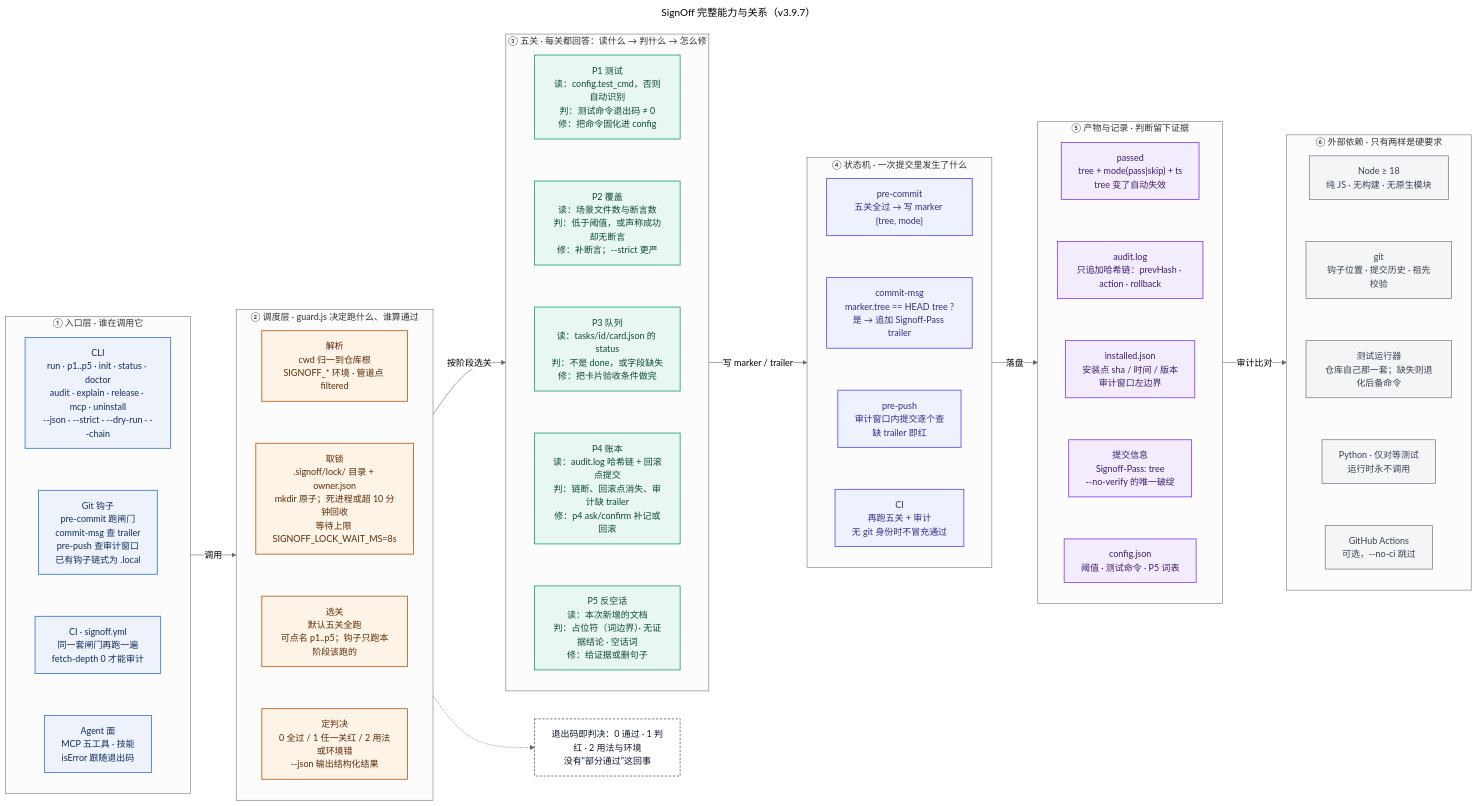
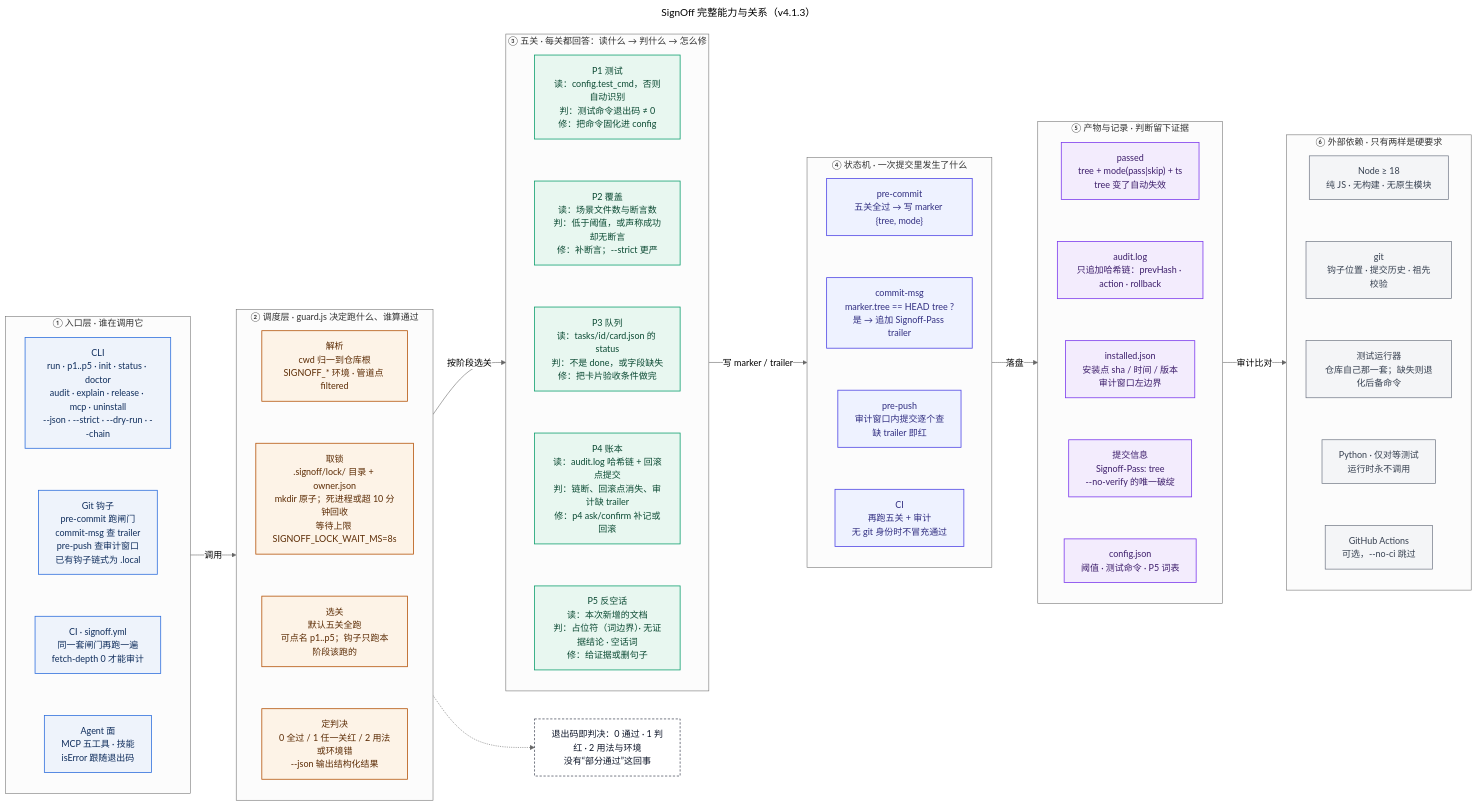
The diagram in docs/diagrams/src/signoff-1-capability.mmd (ayuanxx-max/dsh-signoff), drawn with Mermaid (neutral theme) before and after one commit. The commit also changed 3 other files, not shown here.

Commit message:
docs: bump the capability diagram title to 4.1.3 Signoff-Pass: 857b2df680b9

```diff
--- a/docs/diagrams/src/signoff-1-capability.mmd
+++ b/docs/diagrams/src/signoff-1-capability.mmd
@@ -1,84 +1,84 @@
 ---
-title: SignOff 完整能力与关系（v3.9.7）
+title: SignOff 完整能力与关系（v4.1.3）
 ---
 flowchart LR
   subgraph L1["① 入口层 · 谁在调用它"]
     direction TB
     A1["CLI<br/>run · p1..p5 · init · status · doctor<br/>audit · explain · release · mcp · uninstall<br/>--json · --strict · --dry-run · --chain"]
     A2["Git 钩子<br/>pre-commit 跑闸门<br/>commit-msg 查 trailer<br/>pre-push 查审计窗口<br/>已有钩子链式为 .local"]
     A3["CI · signoff.yml<br/>同一套闸门再跑一遍<br/>fetch-depth 0 才能审计"]
     A4["Agent 面<br/>MCP 五工具 · 技能<br/>isError 跟随退出码"]
     A1 ~~~ A2 ~~~ A3 ~~~ A4
   end
 
   subgraph L2["② 调度层 · guard.js 决定跑什么、谁算通过"]
     direction TB
     D1["解析<br/>cwd 归一到仓库根<br/>SIGNOFF_* 环境 · 管道点 filtered"]
     D2["取锁<br/>.signoff/lock/ 目录 + owner.json<br/>mkdir 原子；死进程或超 10 分钟回收<br/>等待上限 SIGNOFF_LOCK_WAIT_MS=8s"]
     D3["选关<br/>默认五关全跑<br/>可点名 p1..p5；钩子只跑本阶段该跑的"]
     D4["定判决<br/>0 全过 / 1 任一关红 / 2 用法或环境错<br/>--json 输出结构化结果"]
     D1 ~~~ D2 ~~~ D3 ~~~ D4
   end
 
   subgraph L3["③ 五关 · 每关都回答：读什么 → 判什么 → 怎么修"]
     direction TB
     P1["P1 测试<br/>读：config.test_cmd，否则自动识别<br/>判：测试命令退出码 ≠ 0<br/>修：把命令固化进 config"]
     P2["P2 覆盖<br/>读：场景文件数与断言数<br/>判：低于阈值，或声称成功却无断言<br/>修：补断言；--strict 更严"]
     P3["P3 队列<br/>读：tasks/id/card.json 的 status<br/>判：不是 done，或字段缺失<br/>修：把卡片验收条件做完"]
     P4["P4 账本<br/>读：audit.log 哈希链 + 回滚点提交<br/>判：链断、回滚点消失、审计缺 trailer<br/>修：p4 ask/confirm 补记或回滚"]
     P5["P5 反空话<br/>读：本次新增的文档<br/>判：占位符（词边界）· 无证据结论 · 空话词<br/>修：给证据或删句子"]
     P1 ~~~ P2 ~~~ P3 ~~~ P4 ~~~ P5
   end
 
   subgraph L4["④ 状态机 · 一次提交里发生了什么"]
     direction TB
     S1["pre-commit<br/>五关全过 → 写 marker {tree, mode}"]
     S2["commit-msg<br/>marker.tree == HEAD tree ?<br/>是 → 追加 Signoff-Pass trailer"]
     S3["pre-push<br/>审计窗口内提交逐个查<br/>缺 trailer 即红"]
     S4["CI<br/>再跑五关 + 审计<br/>无 git 身份时不冒充通过"]
     S1 ~~~ S2 ~~~ S3 ~~~ S4
   end
 
   subgraph L5["⑤ 产物与记录 · 判断留下证据"]
     direction TB
     F1["passed<br/>tree + mode(pass|skip) + ts<br/>tree 变了自动失效"]
     F2["audit.log<br/>只追加哈希链：prevHash · action · rollback"]
     F3["installed.json<br/>安装点 sha / 时间 / 版本<br/>审计窗口左边界"]
     F4["提交信息<br/>Signoff-Pass: tree<br/>--no-verify 的唯一破绽"]
     F5["config.json<br/>阈值 · 测试命令 · P5 词表"]
     F1 ~~~ F2 ~~~ F3 ~~~ F4 ~~~ F5
   end
 
   subgraph L6["⑥ 外部依赖 · 只有两样是硬要求"]
     direction TB
     X1["Node ≥ 18<br/>纯 JS · 无构建 · 无原生模块"]
     X2["git<br/>钩子位置 · 提交历史 · 祖先校验"]
     X3["测试运行器<br/>仓库自己那一套；缺失则退化后备命令"]
     X4["Python · 仅对等测试<br/>运行时永不调用"]
     X5["GitHub Actions<br/>可选，--no-ci 跳过"]
     X1 ~~~ X2 ~~~ X3 ~~~ X4 ~~~ X5
   end
 
   L1 -->|调用| L2
   L2 -->|按阶段选关| L3
   L3 -->|写 marker / trailer| L4
   L4 -->|落盘| L5
   L5 -->|审计比对| L6
 
   N["退出码即判决：0 通过 · 1 判红 · 2 用法与环境<br/>没有“部分通过”这回事"]
   L2 -.-> N
 
   classDef entry fill:#eef3fb,stroke:#2f6fdd,stroke-width:1.4px,color:#0f2d5c
   classDef sched fill:#fdf3e7,stroke:#b45309,stroke-width:1.4px,color:#5c2c05
   classDef gate fill:#e8f7f0,stroke:#0e9f6e,stroke-width:1.4px,color:#0b4a33
   classDef state fill:#eef2ff,stroke:#4f46e5,stroke-width:1.4px,color:#312e81
   classDef data fill:#f3ecfd,stroke:#7c3aed,stroke-width:1.4px,color:#3d1e6b
   classDef ext fill:#f4f5f7,stroke:#6b7280,stroke-width:1.2px,color:#374151
   classDef note fill:#ffffff,stroke:#0f172a,stroke-dasharray:4 3,color:#0f172a
   class A1,A2,A3,A4 entry
   class D1,D2,D3,D4 sched
   class P1,P2,P3,P4,P5 gate
   class S1,S2,S3,S4 state
   class F1,F2,F3,F4,F5 data
   class X1,X2,X3,X4,X5 ext
   class N note
```
